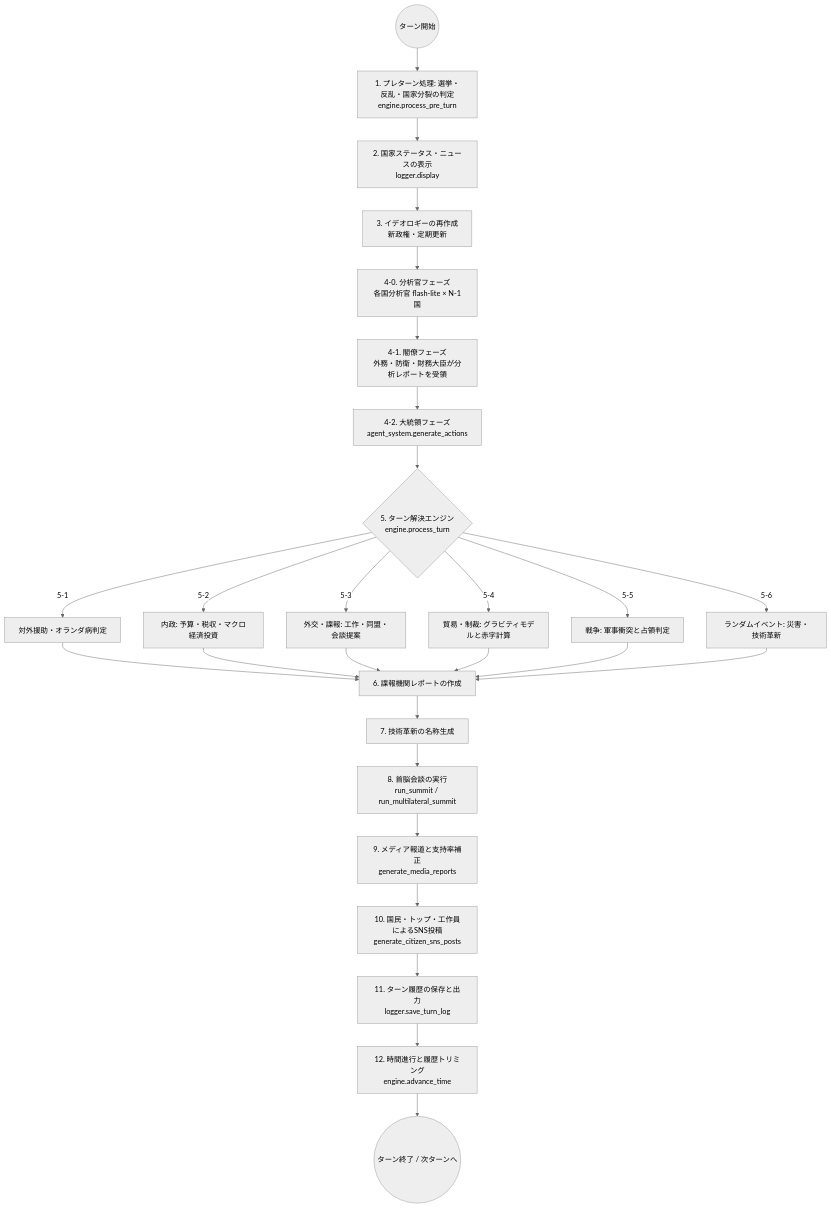
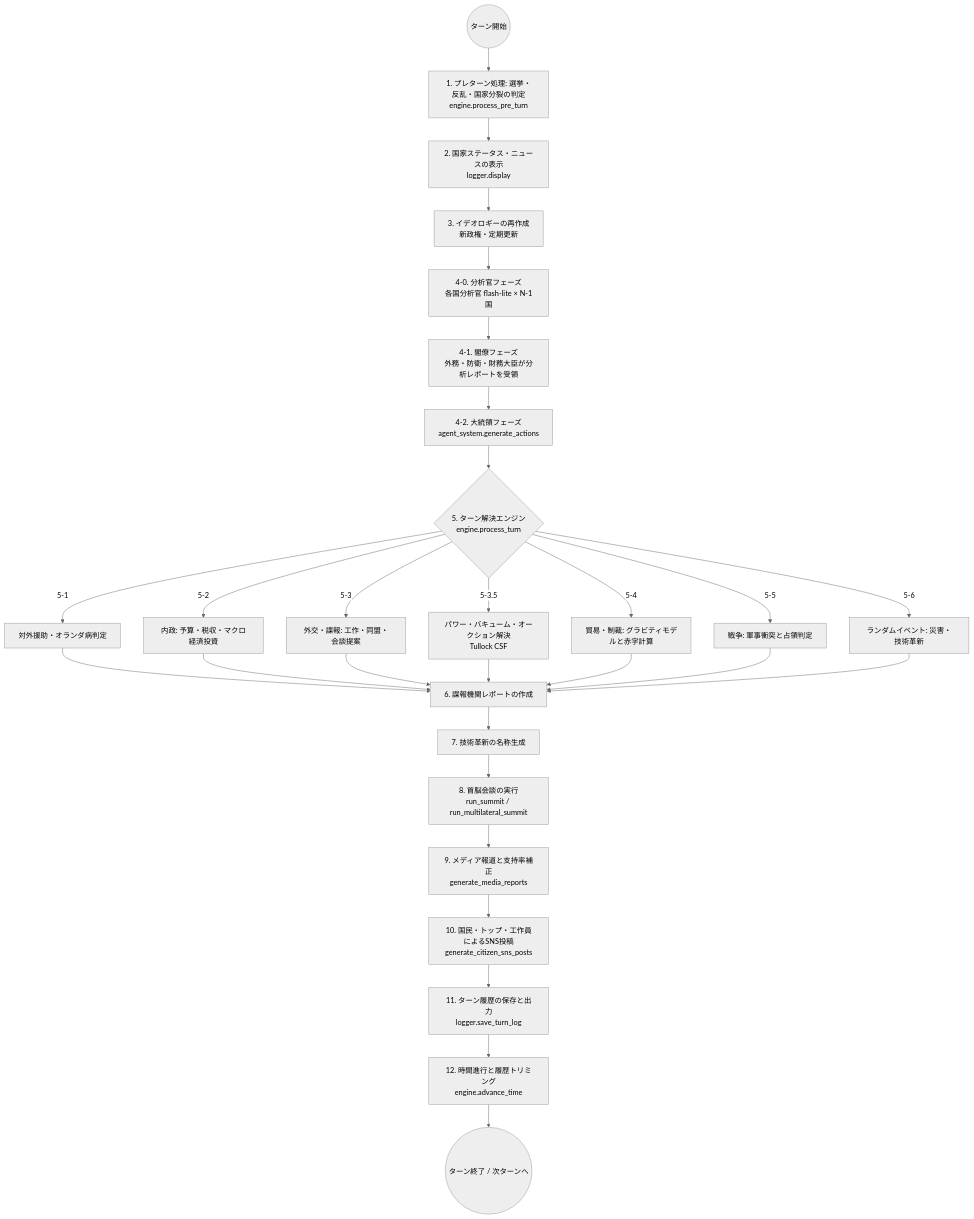
Before and after one commit to NanashinoPro/PaxMachina: the diagram in docs/ARCHITECTURE.md, drawn with Mermaid (neutral theme). The commit also changed other lines of this file and 13 other files, not shown here.

````diff
--- a/docs/ARCHITECTURE.md
+++ b/docs/ARCHITECTURE.md
@@ -43,32 +43,34 @@
 ```mermaid
 flowchart TD
     Start((ターン開始)) --> PreTurn[1. プレターン処理: 選挙・反乱・国家分裂の判定<br/>engine.process_pre_turn]
     PreTurn --> DisplayStatus[2. 国家ステータス・ニュースの表示<br/>logger.display]
     DisplayStatus --> Ideology[3. イデオロギーの再作成<br/>新政権・定期更新]
     Ideology --> Analyst[4-0. 分析官フェーズ<br/>各国分析官 flash-lite × N-1国]
     Analyst --> Decision[4-1. 閣僚フェーズ<br/>外務・防衛・財務大臣が分析レポートを受領]
     Decision --> DecisionFinal[4-2. 大統領フェーズ<br/>agent_system.generate_actions]
     
     DecisionFinal --> ProcessTurn{5. ターン解決エンジン<br/>engine.process_turn}
     ProcessTurn --> |5-1| FAid[対外援助・オランダ病判定]
     ProcessTurn --> |5-2| Domestic[内政: 予算・税収・マクロ経済投資]
     ProcessTurn --> |5-3| Diplomacy[外交・諜報: 工作・同盟・会談提案]
+    ProcessTurn --> |5-3.5| Vacuum[パワー・バキューム・オークション解決<br/>Tullock CSF]
     ProcessTurn --> |5-4| Trade[貿易・制裁: グラビティモデルと赤字計算]
     ProcessTurn --> |5-5| War[戦争: 軍事衝突と占領判定]
     ProcessTurn --> |5-6| RandomEvent[ランダムイベント: 災害・技術革新]
     
     FAid --> IntelReport[6. 諜報機関レポートの作成]
     Domestic --> IntelReport[6. 諜報機関レポートの作成]
     Diplomacy --> IntelReport[6. 諜報機関レポートの作成]
+    Vacuum --> IntelReport[6. 諜報機関レポートの作成]
     Trade --> IntelReport[6. 諜報機関レポートの作成]
     War --> IntelReport[6. 諜報機関レポートの作成]
     RandomEvent --> IntelReport[6. 諜報機関レポートの作成]
     IntelReport --> TechName[7. 技術革新の名称生成]
     TechName --> Summit[8. 首脳会談の実行<br/>run_summit / run_multilateral_summit]
     Summit --> Media[9. メディア報道と支持率補正<br/>generate_media_reports]
     Media --> SNS[10. 国民・トップ・工作員によるSNS投稿<br/>generate_citizen_sns_posts]
     
     SNS --> SaveLog[11. ターン履歴の保存と出力<br/>logger.save_turn_log]
     SaveLog --> TimeAdvance[12. 時間進行と履歴トリミング<br/>engine.advance_time]
     TimeAdvance --> End((ターン終了 / 次ターンへ))
 ```
````
